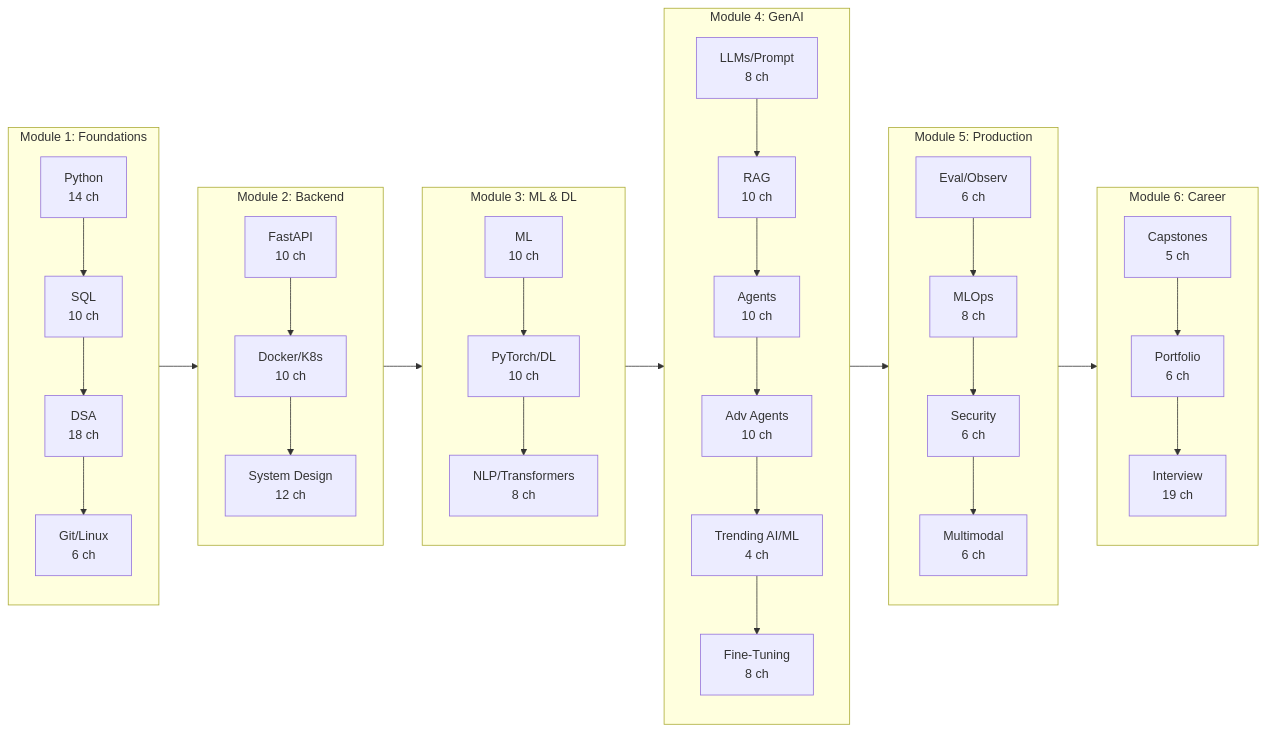
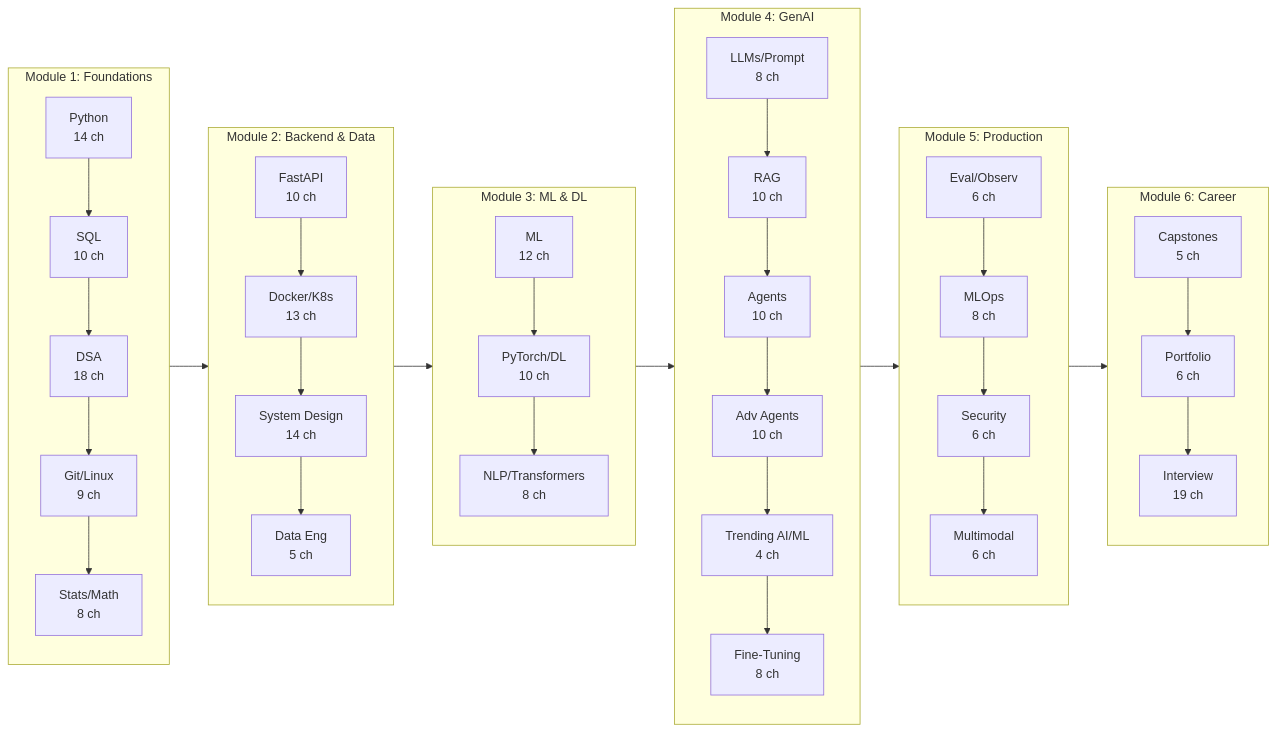
Before and after one commit to Raushan666java/ai-engineering-journey: the first of 2 diagrams in docs/courses/ai-engineering-placement/index.md, drawn with Mermaid. The commit also changed other lines of this file and 1648 other files, not shown here.

Commit message:
Full course update: 26 modules, migrated content, build fixes (SSG, duplicate IDs, badge links), new chapters for Stats, Data Eng, Linux, Cloud, Sys Design, ML

````diff
--- a/docs/courses/ai-engineering-placement/index.md
+++ b/docs/courses/ai-engineering-placement/index.md
@@ -44,37 +44,39 @@
 ```mermaid
 flowchart LR
     subgraph M1[Module 1: Foundations]
         P1[Python<br/>14 ch] --> SQL[SQL<br/>10 ch]
         SQL --> DSA[DSA<br/>18 ch]
-        DSA --> GLC[Git/Linux<br/>6 ch]
+        DSA --> GLC[Git/Linux<br/>9 ch]
+        GLC --> STAT[Stats/Math<br/>8 ch]
     end
-    subgraph M2[Module 2: Backend]
-        FB[FastAPI<br/>10 ch] --> DKC[Docker/K8s<br/>10 ch]
-        DKC --> SD[System Design<br/>12 ch]
+    subgraph M2[Module 2: Backend & Data]
+        FB[FastAPI<br/>10 ch] --> DKC[Docker/K8s<br/>13 ch]
+        DKC --> SD[System Design<br/>14 ch]
+        SD --> DE[Data Eng<br/>5 ch]
     end
     subgraph M3[Module 3: ML & DL]
-        ML[ML<br/>10 ch] --> DL[PyTorch/DL<br/>10 ch]
+        ML[ML<br/>12 ch] --> DL[PyTorch/DL<br/>10 ch]
         DL --> NLP[NLP/Transformers<br/>8 ch]
     end
     subgraph M4[Module 4: GenAI]
         LLM[LLMs/Prompt<br/>8 ch] --> RAG[RAG<br/>10 ch]
         RAG --> AGE[Agents<br/>10 ch]
         AGE --> AAA[Adv Agents<br/>10 ch]
         AAA --> TMP[Trending AI/ML<br/>4 ch]
         TMP --> FT[Fine-Tuning<br/>8 ch]
     end
     subgraph M5[Module 5: Production]
         EVAL[Eval/Observ<br/>6 ch] --> MLOps[MLOps<br/>8 ch]
         MLOps --> SEC[Security<br/>6 ch]
         SEC --> MM[Multimodal<br/>6 ch]
     end
     subgraph M6[Module 6: Career]
         CAP[Capstones<br/>5 ch] --> PORT[Portfolio<br/>6 ch]
         PORT --> INT[Interview<br/>19 ch]
     end
     M1 --> M2
     M2 --> M3
     M3 --> M4
     M4 --> M5
     M5 --> M6
 ```
````
